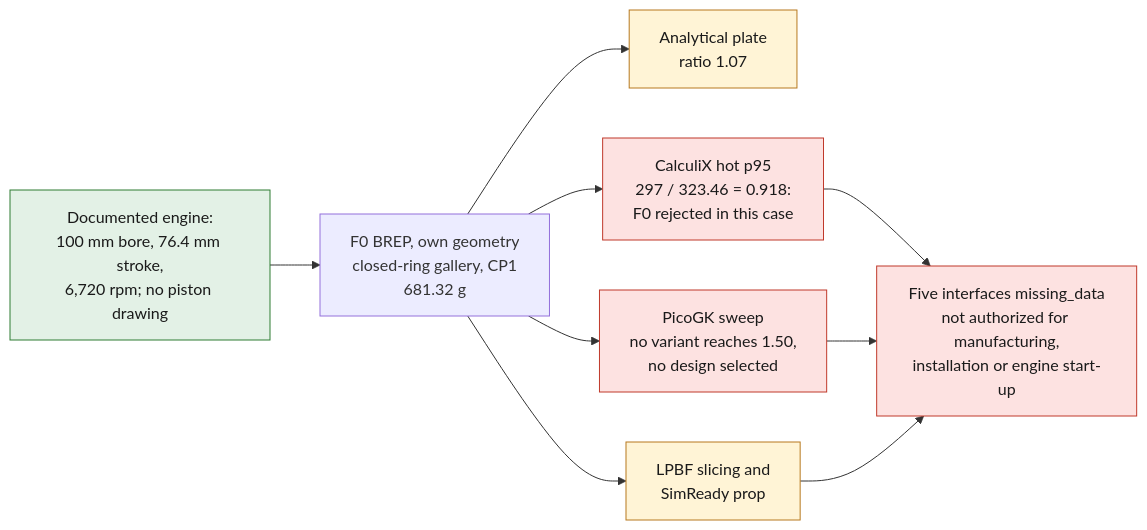
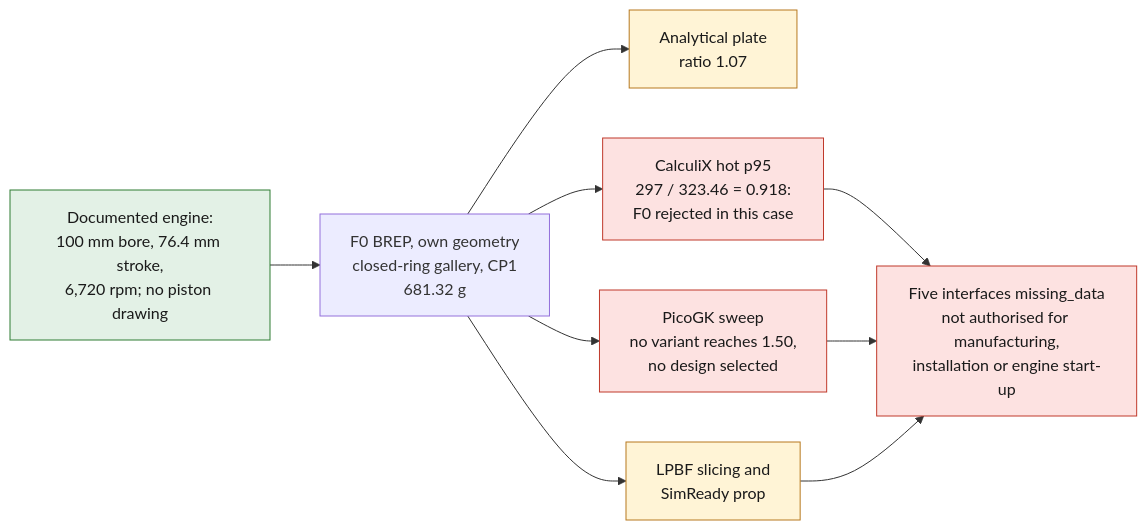
One commit to cluster2600/porscheparts changed the diagram in docs/993/993_PISTON_CP1_COOLING_GALLERY_F0.md. Above: the diagram before and after it, drawn with Mermaid. The commit also changed other lines of this file and 480 other files, not shown here.

````diff
--- a/docs/993/993_PISTON_CP1_COOLING_GALLERY_F0.md
+++ b/docs/993/993_PISTON_CP1_COOLING_GALLERY_F0.md
@@ -22,17 +22,17 @@
 ```mermaid
 flowchart LR
   S["Documented engine:<br/>100 mm bore, 76.4 mm stroke,<br/>6,720 rpm; no piston drawing"] --> G["F0 BREP, own geometry<br/>closed-ring gallery, CP1<br/>681.32 g"]
   G --> A["Analytical plate<br/>ratio 1.07"]
   G --> C["CalculiX hot p95<br/>297 / 323.46 = 0.918:<br/>F0 rejected in this case"]
   G --> K["PicoGK sweep<br/>no variant reaches 1.50,<br/>no design selected"]
   G --> P["LPBF slicing and<br/>SimReady prop"]
-  C --> V["Five interfaces missing_data<br/>not authorized for manufacturing,<br/>installation or engine start-up"]
+  C --> V["Five interfaces missing_data<br/>not authorised for manufacturing,<br/>installation or engine start-up"]
   K --> V
   P --> V
   class S ok
   class A,P open
   class C,K,V stop
   classDef stop fill:#fde2e1,stroke:#c0392b,color:#1a1a1a;
   classDef ok fill:#e3f1e6,stroke:#2e7d32,color:#1a1a1a;
   classDef open fill:#fff4d6,stroke:#b7791f,color:#1a1a1a;
 ```
````
